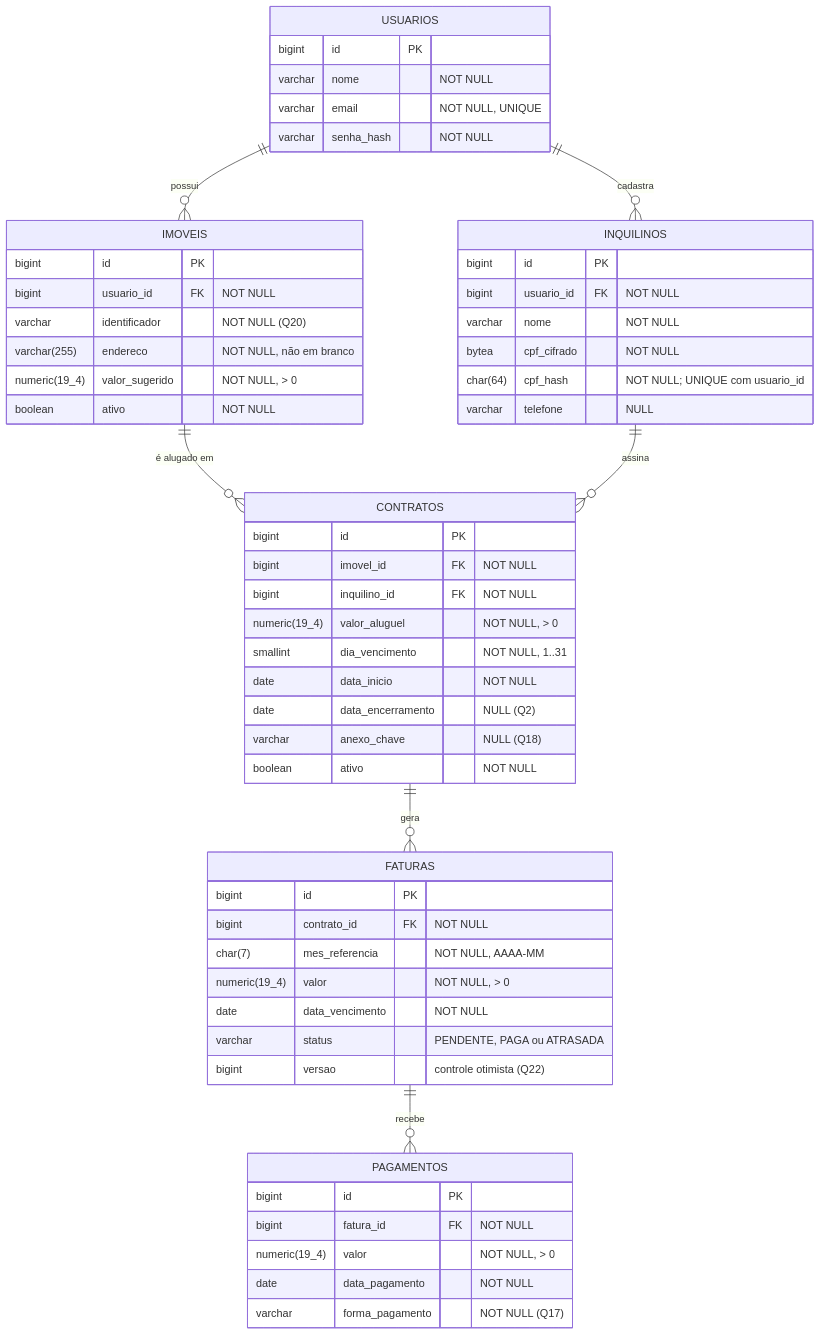
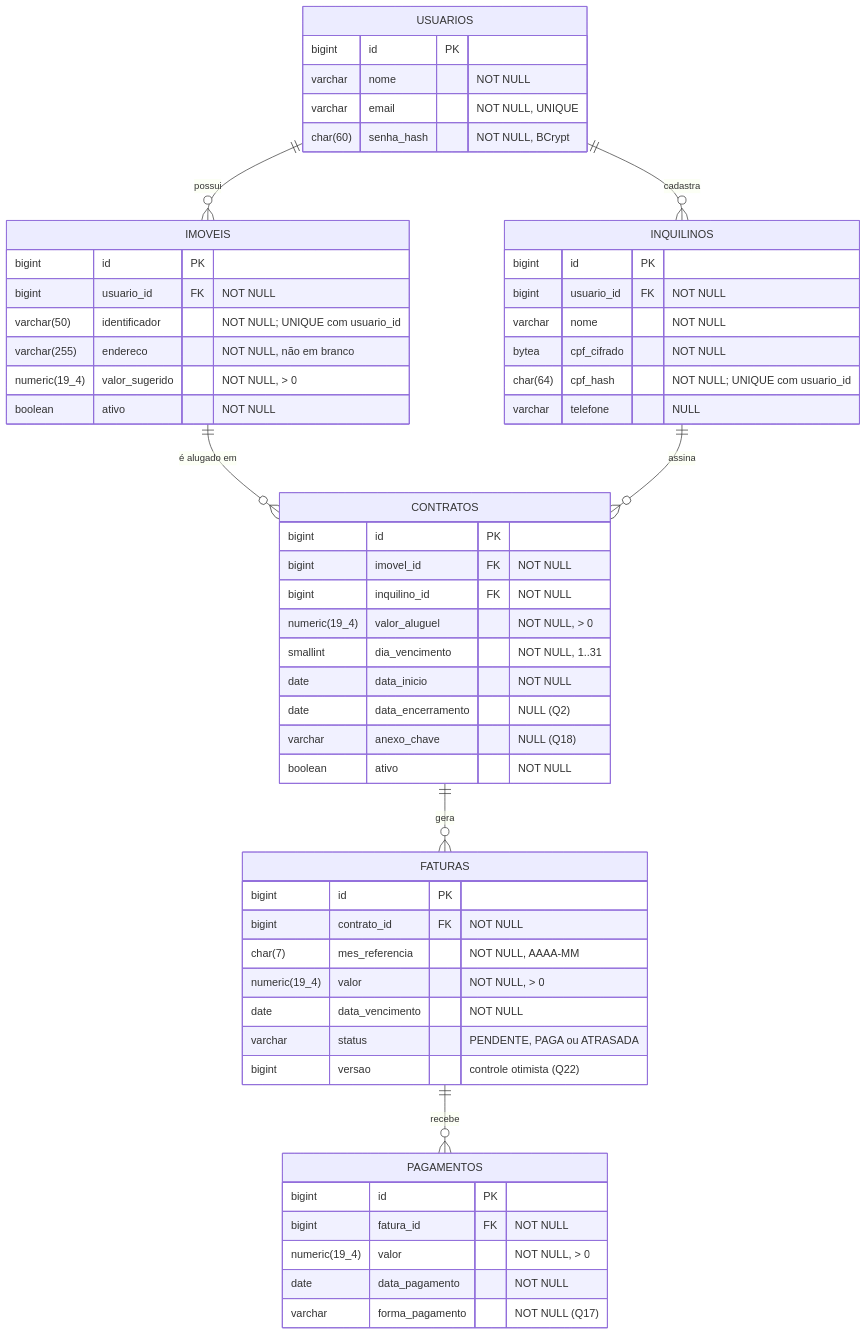
Before and after one commit to mardenrafael/habitattio: the diagram in docs/requisitos-e-der.md, drawn with Mermaid. The commit also changed other lines of this file, not shown here.

Commit message:
docs(requisitos): registra Q19 (Spring Security), Q20 (identificador) e Q25 (senha BCrypt)

````diff
--- a/docs/requisitos-e-der.md
+++ b/docs/requisitos-e-der.md
@@ -121,59 +121,59 @@
 ```mermaid
 erDiagram
     USUARIOS ||--o{ IMOVEIS : "possui"
     USUARIOS ||--o{ INQUILINOS : "cadastra"
     IMOVEIS ||--o{ CONTRATOS : "é alugado em"
     INQUILINOS ||--o{ CONTRATOS : "assina"
     CONTRATOS ||--o{ FATURAS : "gera"
     FATURAS ||--o{ PAGAMENTOS : "recebe"
 
     USUARIOS {
         bigint id PK
         varchar nome "NOT NULL"
         varchar email "NOT NULL, UNIQUE"
-        varchar senha_hash "NOT NULL"
+        char(60) senha_hash "NOT NULL, BCrypt"
     }
     IMOVEIS {
         bigint id PK
         bigint usuario_id FK "NOT NULL"
-        varchar identificador "NOT NULL (Q20)"
+        varchar(50) identificador "NOT NULL; UNIQUE com usuario_id"
         varchar(255) endereco "NOT NULL, não em branco"
         numeric(19_4) valor_sugerido "NOT NULL, > 0"
         boolean ativo "NOT NULL"
     }
     INQUILINOS {
         bigint id PK
         bigint usuario_id FK "NOT NULL"
         varchar nome "NOT NULL"
         bytea cpf_cifrado "NOT NULL"
         char(64) cpf_hash "NOT NULL; UNIQUE com usuario_id"
         varchar telefone "NULL"
     }
     CONTRATOS {
         bigint id PK
         bigint imovel_id FK "NOT NULL"
         bigint inquilino_id FK "NOT NULL"
         numeric(19_4) valor_aluguel "NOT NULL, > 0"
         smallint dia_vencimento "NOT NULL, 1..31"
         date data_inicio "NOT NULL"
         date data_encerramento "NULL (Q2)"
         varchar anexo_chave "NULL (Q18)"
         boolean ativo "NOT NULL"
     }
     FATURAS {
         bigint id PK
         bigint contrato_id FK "NOT NULL"
         char(7) mes_referencia "NOT NULL, AAAA-MM"
         numeric(19_4) valor "NOT NULL, > 0"
         date data_vencimento "NOT NULL"
         varchar status "PENDENTE, PAGA ou ATRASADA"
         bigint versao "controle otimista (Q22)"
     }
     PAGAMENTOS {
         bigint id PK
         bigint fatura_id FK "NOT NULL"
         numeric(19_4) valor "NOT NULL, > 0"
         date data_pagamento "NOT NULL"
         varchar forma_pagamento "NOT NULL (Q17)"
     }
 ```
````
